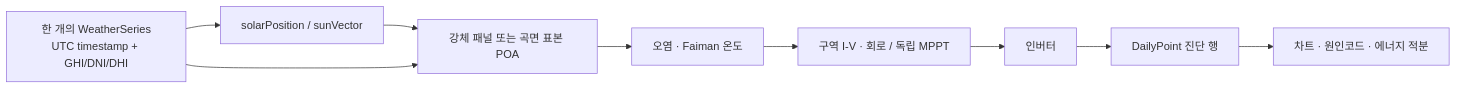
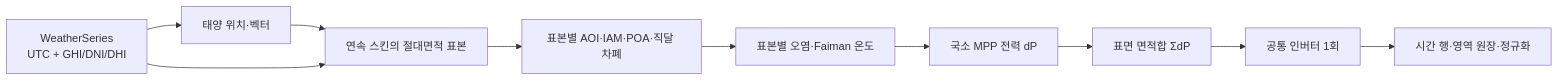
One commit to mjayj9/science_simulation_1 changed the diagram in docs/incident-angle-diagnosis.md. Above: the diagram before and after it, drawn with Mermaid. The commit also changed other lines of this file and 42 other files, not shown here.

````diff
--- a/docs/incident-angle-diagnosis.md
+++ b/docs/incident-angle-diagnosis.md
@@ -9,11 +9,12 @@
 ```mermaid
 flowchart LR
-  W["한 개의 WeatherSeries\nUTC timestamp + GHI/DNI/DHI"] --> S["solarPosition / sunVector"]
-  S --> O["강체 패널 또는 곡면 표본 POA"]
-  W --> O
-  O --> T["오염 · Faiman 온도"]
-  T --> E["구역 I-V · 회로 / 독립 MPPT"]
-  E --> I["인버터"]
-  I --> D["DailyPoint 진단 행"]
-  D --> C["차트 · 원인코드 · 에너지 적분"]
+  W["WeatherSeries\nUTC + GHI/DNI/DHI"] --> S["태양 위치·벡터"]
+  S --> Q["연속 스킨의 절대면적 표본"]
+  W --> Q
+  Q --> O["표본별 AOI·IAM·POA·직달 차폐"]
+  O --> T["표본별 오염·Faiman 온도"]
+  T --> M["국소 MPP 전력 dP"]
+  M --> A["표면 면적합 ΣdP"]
+  A --> I["공통 인버터 1회"]
+  I --> D["시간 행·영역 원장·정규화"]
 ```
````
